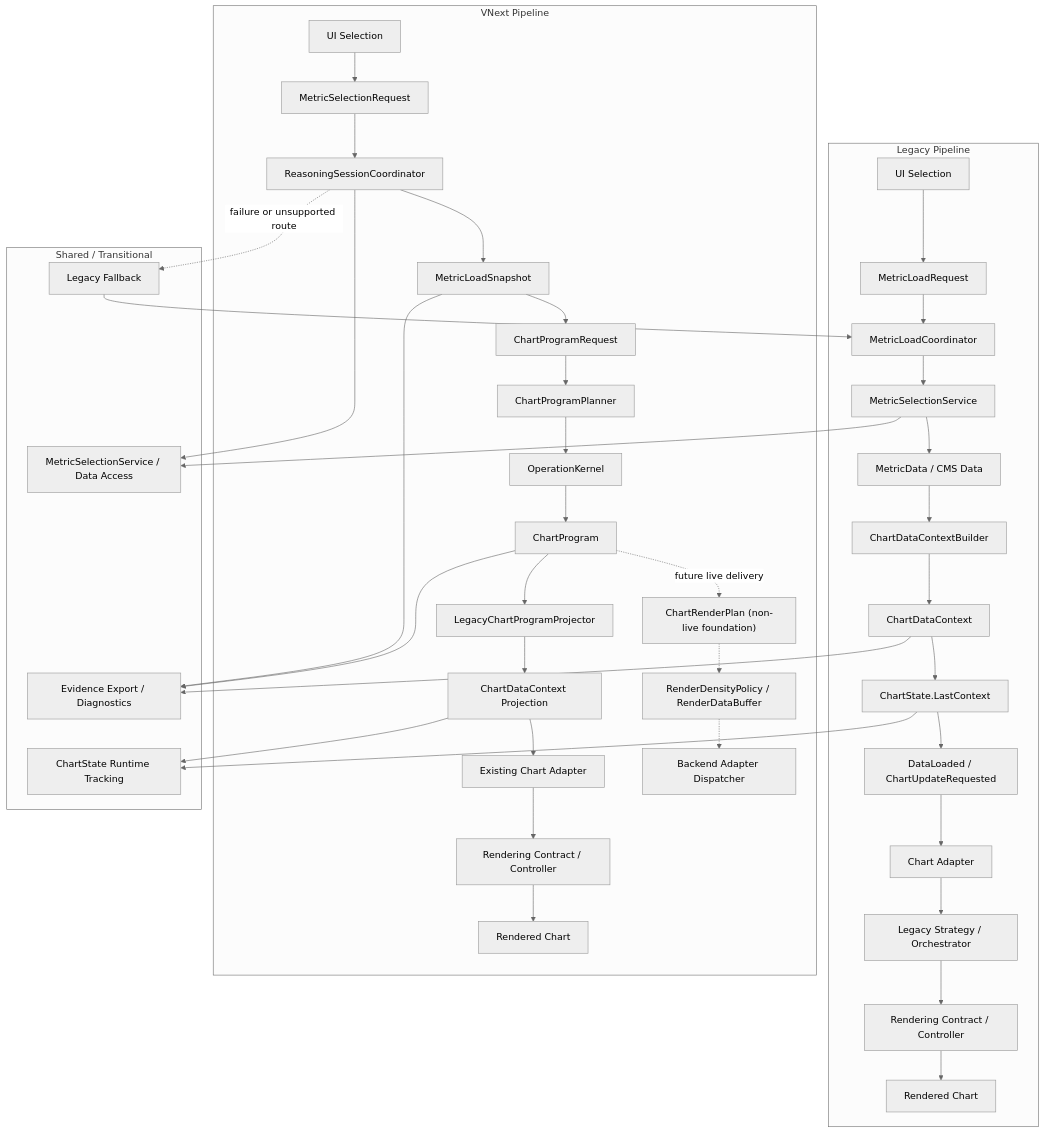
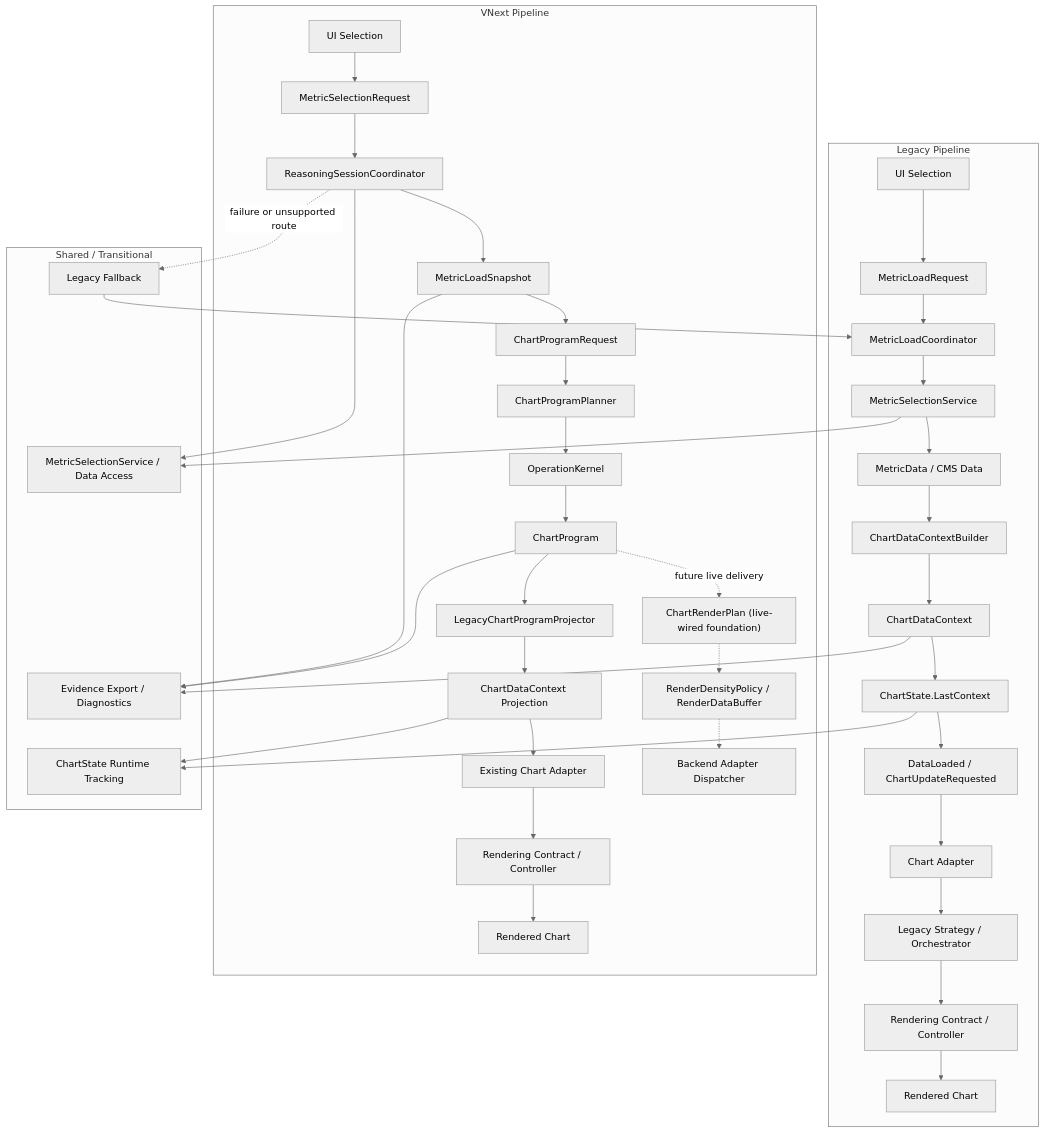
Before and after one commit to krebisz/DataAnalyser: the first of 2 diagrams in documents/SYSTEM_MAP.md, drawn with Mermaid (neutral theme). The commit also changed other lines of this file and 3 other files, not shown here.

```diff
--- a/documents/SYSTEM_MAP.md
+++ b/documents/SYSTEM_MAP.md
@@ -589,7 +589,7 @@
         V_PLANNER["ChartProgramPlanner"]
         V_KERNEL["OperationKernel"]
         V_PROGRAM["ChartProgram"]
-        V_PLAN["ChartRenderPlan (non-live foundation)"]
+        V_PLAN["ChartRenderPlan (live-wired foundation)"]
         V_DENSITY["RenderDensityPolicy / RenderDataBuffer"]
         V_BACKEND["Backend Adapter Dispatcher"]
         V_PROJECTOR["LegacyChartProgramProjector"]
```
